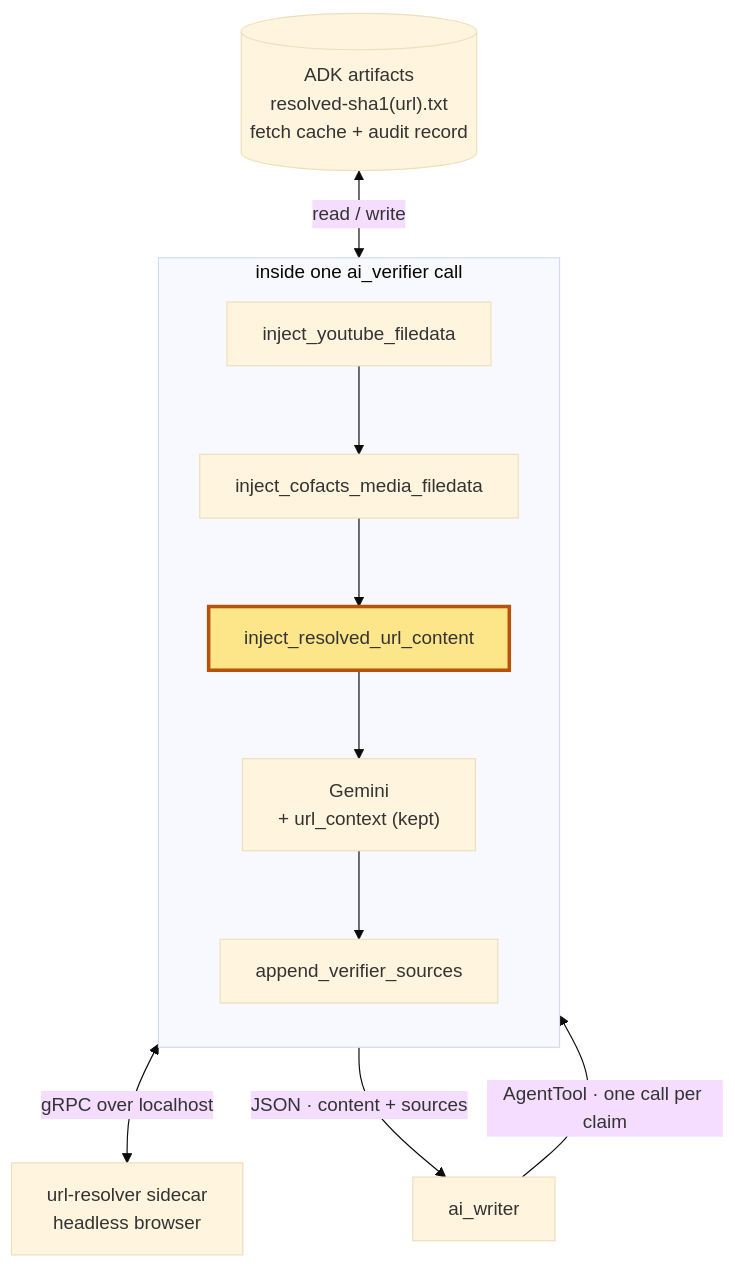
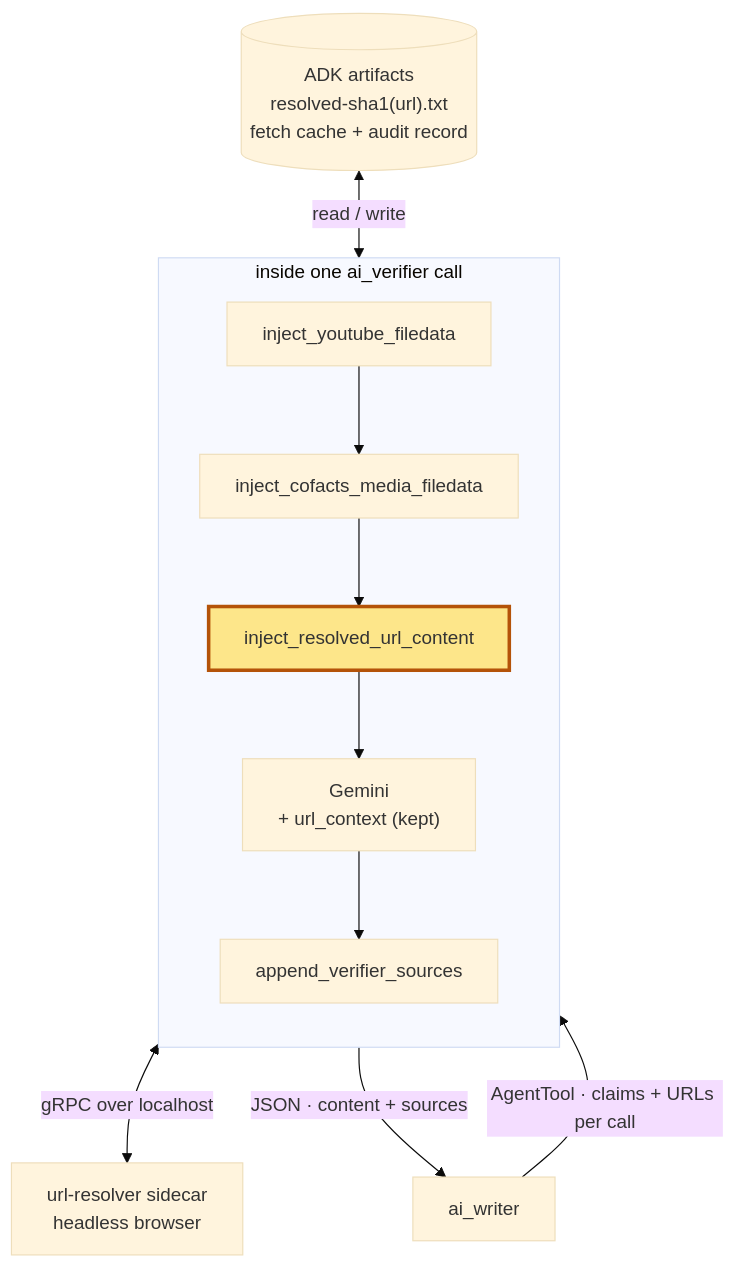
One commit to cofacts/ai changed the first of 2 diagrams in docs/decisions/20260722-url-resolver-verifier-prefetch.md. Above: the diagram before and after it, drawn with Mermaid (base theme).

Commit message:
docs(adr): a verifier call checks several claims, not one per claim
The hook diagram labelled the writer-to-verifier edge "one call per
claim", but the writer prompt sends its key claims and URLs in one call
and the verifier reports per claim within it.

Claude-Session: https://claude.ai/code/session_01UXaK5nm3FP9U4c6DtFSBZj

````diff
--- a/docs/decisions/20260722-url-resolver-verifier-prefetch.md
+++ b/docs/decisions/20260722-url-resolver-verifier-prefetch.md
@@ -123,16 +123,16 @@
 ```mermaid
 flowchart TB
-    W["ai_writer"] -->|"AgentTool · one call per claim"| H1
+    W["ai_writer"] -->|"AgentTool · claims + URLs per call"| H1
     ART[("ADK artifacts<br/>resolved-sha1(url).txt<br/>fetch cache + audit record")]
 
     subgraph V["inside one ai_verifier call"]
         direction TB
         H1["inject_youtube_filedata"] --> H2["inject_cofacts_media_filedata"] --> H3["inject_resolved_url_content"] --> G["Gemini<br/>+ url_context (kept)"] --> A["append_verifier_sources"]
     end
 
     ART <-->|"read / write"| H3
     H3 <-->|"gRPC over localhost"| UR["url-resolver sidecar<br/>headless browser"]
     A -->|"JSON · content + sources"| W
 
     style H3 fill:#fde68a,stroke:#b45309,stroke-width:3px
 ```
````
